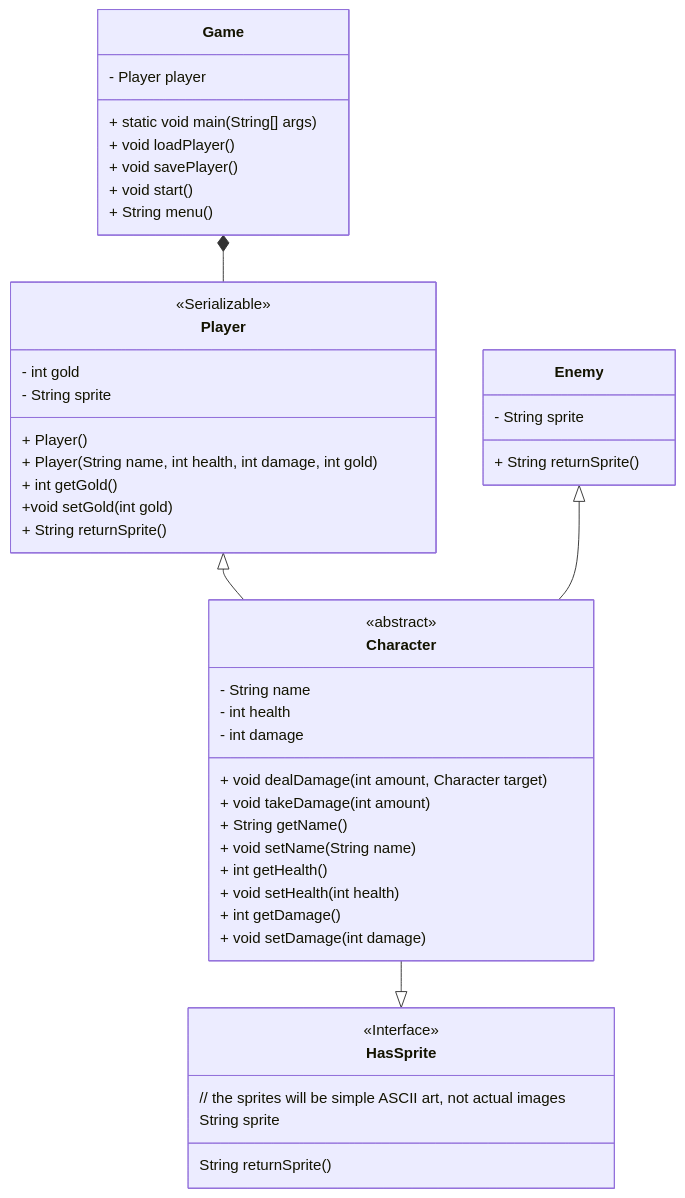
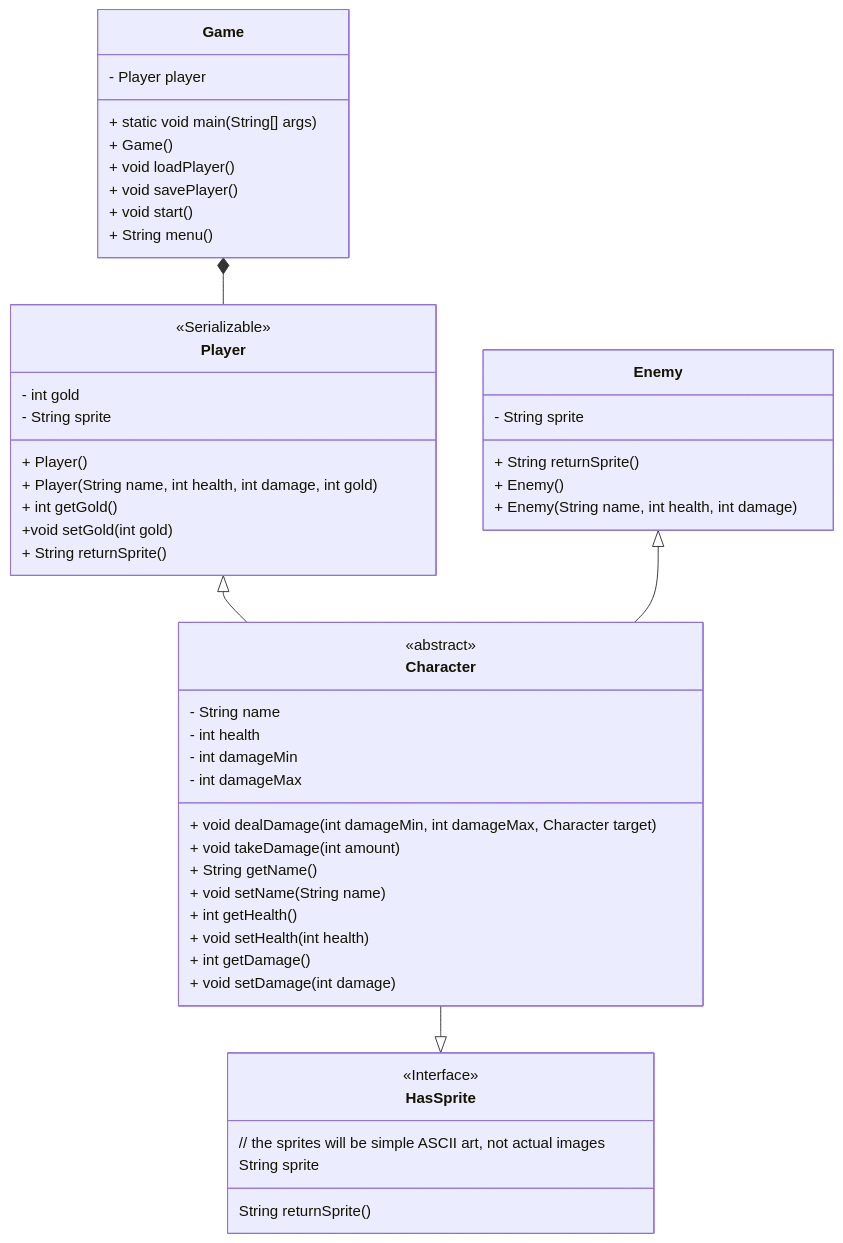
Before and after one commit to fish-2122/CS121-Final: the second of 2 diagrams in README.md, drawn with Mermaid. The commit also changed other lines of this file, not shown here.

Commit message:
completed flow chart

````diff
--- a/README.md
+++ b/README.md
@@ -27,50 +62,54 @@
 ```mermaid
 classDiagram
 class Game {
     - Player player
     + static void main(String[] args)
+    + Game()
     + void loadPlayer()
     + void savePlayer()
     + void start()
     + String menu()
 }
 class Character {
     <<abstract>>
     - String name
     - int health
-    - int damage
-    + void dealDamage(int amount, Character target)
+    - int damageMin
+    - int damageMax
+    + void dealDamage(int damageMin, int damageMax, Character target)
     + void takeDamage(int amount)
     + String getName()
     + void setName(String name)
     + int getHealth()
     + void setHealth(int health)
     + int getDamage()
     + void setDamage(int damage)
 }
 class Enemy {
     - String sprite
     + String returnSprite()
+    + Enemy()
+    + Enemy(String name, int health, int damage)
 }
 class Player {
     <<Serializable>>
     - int gold
     - String sprite
     + Player()
     + Player(String name, int health, int damage, int gold)
     + int getGold()
     +void setGold(int gold)
     + String returnSprite()
 }
 class HasSprite {
     // the sprites will be simple ASCII art, not actual images
     <<Interface>>
     String sprite
     String returnSprite()
 }
 
 Player <|-- Character
 Enemy <|-- Character
 Character --|> HasSprite
 Game *-- Player
 ```
````
